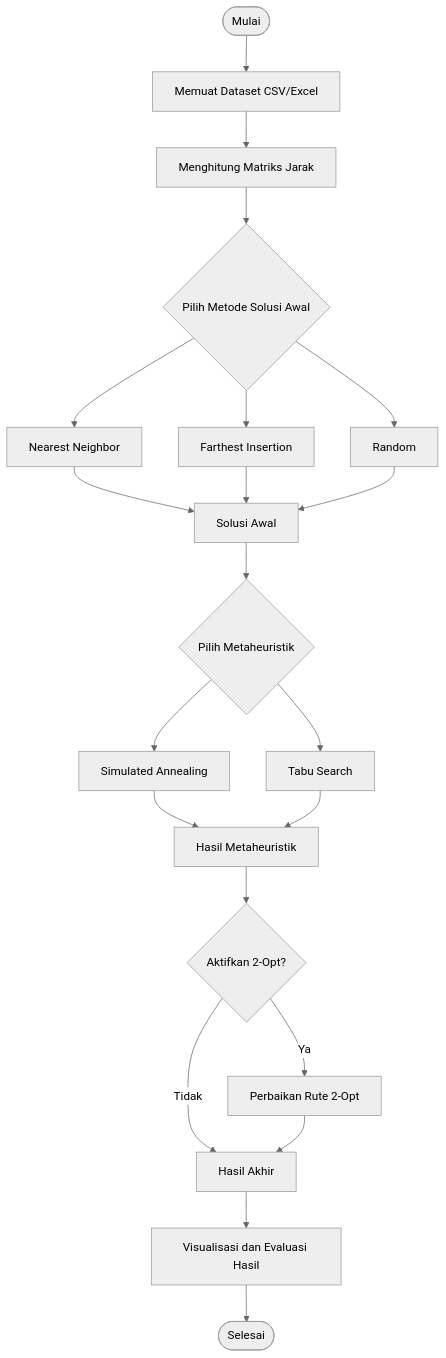
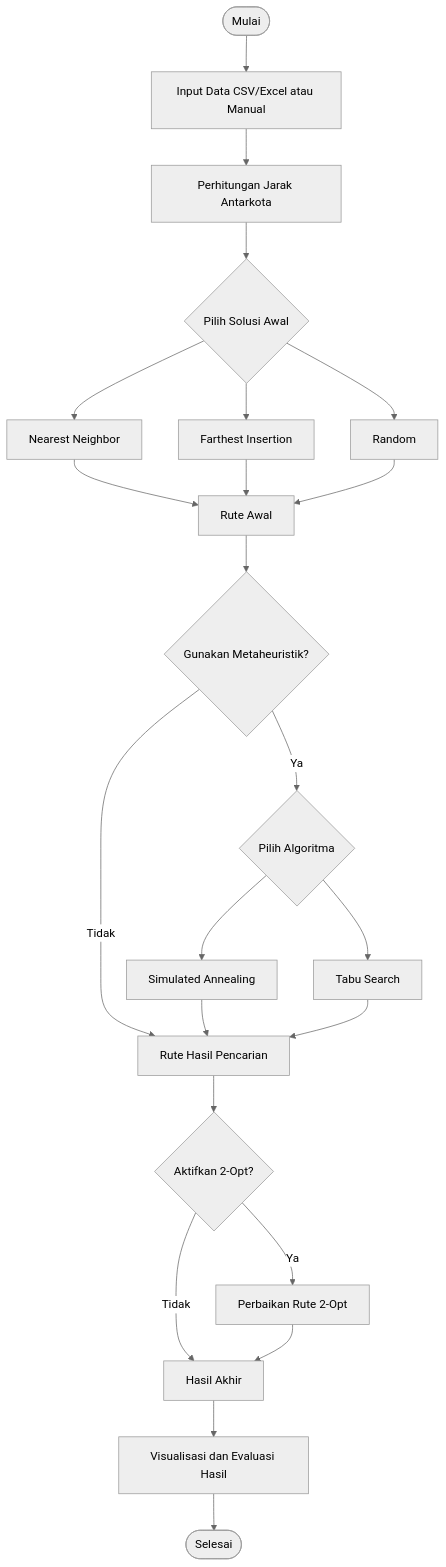
Before and after one commit to Violita-archive/tsp-metaheuristic: the diagram in README.md, drawn with Mermaid (neutral theme). The commit also changed other lines of this file, not shown here.

````diff
--- a/README.md
+++ b/README.md
@@ -147,28 +151,32 @@
 ```mermaid
 flowchart TD
-    A([Mulai]) --> B[Memuat Dataset CSV/Excel]
-    B --> C[Menghitung Matriks Jarak]
-    C --> D{Pilih Metode Solusi Awal}
+    A([Mulai]) --> B[Input Data CSV/Excel atau Manual]
+    B --> C[Perhitungan Jarak Antarkota]
+    C --> D{Pilih Solusi Awal}
+
     D --> E[Nearest Neighbor]
     D --> F[Farthest Insertion]
     D --> G[Random]
 
-    E --> H[Solusi Awal]
+    E --> H[Rute Awal]
     F --> H
     G --> H
 
-    H --> I{Pilih Metaheuristik}
-    I --> J[Simulated Annealing]
-    I --> K[Tabu Search]
+    H --> I{Gunakan Metaheuristik?}
+    I -->|Ya| J{Pilih Algoritma}
+    I -->|Tidak| M[Rute Hasil Pencarian]
 
-    J --> L[Hasil Metaheuristik]
-    K --> L
+    J --> K[Simulated Annealing]
+    J --> L[Tabu Search]
 
-    L --> M{Aktifkan 2-Opt?}
-    M -->|Ya| N[Perbaikan Rute 2-Opt]
-    M -->|Tidak| O[Hasil Akhir]
-    N --> O
+    K --> M
+    L --> M
 
-    O --> P[Visualisasi dan Evaluasi Hasil]
-    P --> Q([Selesai])
+    M --> N{Aktifkan 2-Opt?}
+    N -->|Ya| O[Perbaikan Rute 2-Opt]
+    N -->|Tidak| P[Hasil Akhir]
+    O --> P
+
+    P --> Q[Visualisasi dan Evaluasi Hasil]
+    Q --> R([Selesai])
 ```
````
